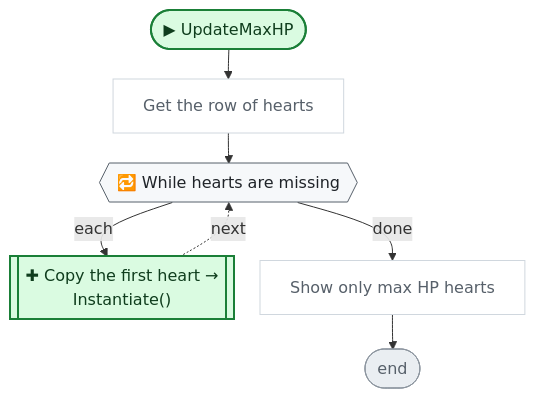
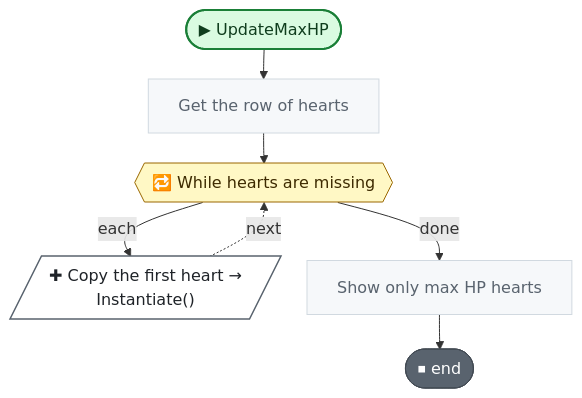
One commit to nataiai/Lord-of-the-Dungeon changed the fifth of 6 diagrams in CodeGraph~/graph/UI.cs.md. Above: the diagram before and after it, drawn with Mermaid. The commit also changed other lines of this file and 57 other files, not shown here.

````diff
--- a/CodeGraph~/graph/UI.cs.md
+++ b/CodeGraph~/graph/UI.cs.md
@@ -231,41 +234,41 @@
 ```mermaid
 ---
 config:
   flowchart:
     wrappingWidth: 260
     nodeSpacing: 26
     rankSpacing: 30
 ---
 flowchart TD
   nS(["▶ UpdateMaxHP"])
   ne88ca2["Get the row of hearts"]
   n1f9ef8{{"🔁 While hearts are missing"}}
-  n593eab[["✚ Copy the first heart →<br>Instantiate()"]]
+  n593eab[/"✚ Copy the first heart →<br>Instantiate()"/]
   n8376d8["Show only max HP hearts"]
-  nE(["end"])
+  nE(["⏹ end"])
   nS --> ne88ca2
   ne88ca2 --> n1f9ef8
   n1f9ef8 -->|each| n593eab
   n593eab -.->|next| n1f9ef8
   n1f9ef8 -->|done| n8376d8
   n8376d8 --> nE
   classDef unity fill:#dafbe1,stroke:#1a7f37,stroke-width:2px,color:#0f3d1d
   classDef start fill:#dafbe1,stroke:#1a7f37,stroke-width:2px,color:#0f3d1d
-  classDef calc fill:#ffffff,stroke:#d0d7de,color:#57606a
+  classDef calc fill:#f6f8fa,stroke:#d1d9e0,color:#59636e
   classDef calls fill:#ddf4ff,stroke:#0969da,stroke-width:2px,color:#0a3069
-  classDef ext fill:#ddf4ff,stroke:#0969da,stroke-width:2px,stroke-dasharray:5 3,color:#0a3069
-  classDef cond fill:#fff8c5,stroke:#bf8700,stroke-width:1.5px,color:#3d2a00
-  classDef loop fill:#f6f8fa,stroke:#57606a,color:#1f2328
-  classDef exit fill:#ffebe9,stroke:#cf222e,color:#82071e
+  classDef ext fill:#f6f8fa,stroke:#59636e,stroke-width:1.5px,stroke-dasharray:5 5,color:#1f2328
+  classDef cond fill:#fff8c5,stroke:#9a6700,stroke-width:1.5px,color:#3d2a00
+  classDef loop fill:#fff8c5,stroke:#9a6700,color:#3d2a00
+  classDef wait fill:#fff8c5,stroke:#9a6700,color:#3d2a00
+  classDef exit fill:#59636e,stroke:#424a53,color:#ffffff
+  classDef fin fill:#59636e,stroke:#424a53,color:#ffffff
+  classDef act fill:#ffffff,stroke:#59636e,stroke-width:1.5px,color:#1f2328
   classDef kill fill:#ffebe9,stroke:#cf222e,stroke-width:2px,color:#82071e
-  classDef spawn fill:#dafbe1,stroke:#1a7f37,stroke-width:2px,color:#0f3d1d
-  classDef wait fill:#fff1e5,stroke:#bc4c00,color:#4d1d00
-  classDef fin fill:#eaeef2,stroke:#8c959f,color:#57606a
   classDef join fill:#d0d7de,stroke:#8c959f,color:#57606a
   classDef ghdr fill:#f5f9ff,stroke:#f5f9ff,color:#0a3069,font-weight:bold
+  class n593eab act
   class ne88ca2,n8376d8 calc
   class nE fin
   class n1f9ef8 loop
-  class n593eab spawn
   class nS start
 ```
````
